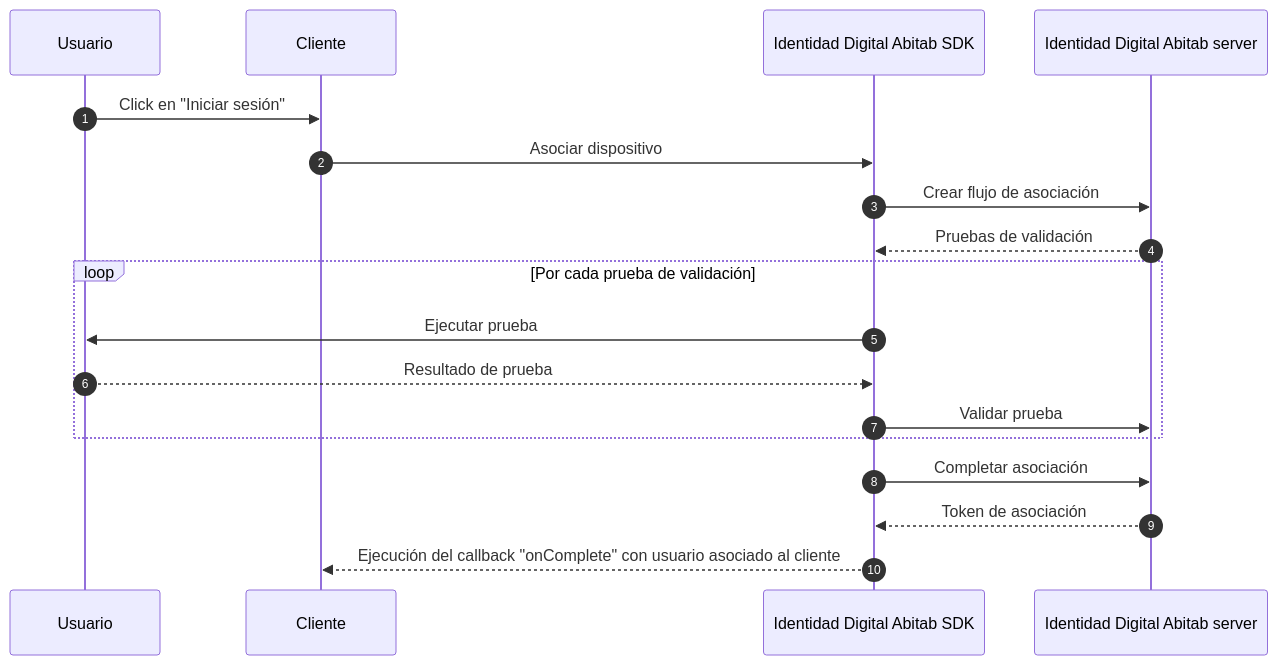
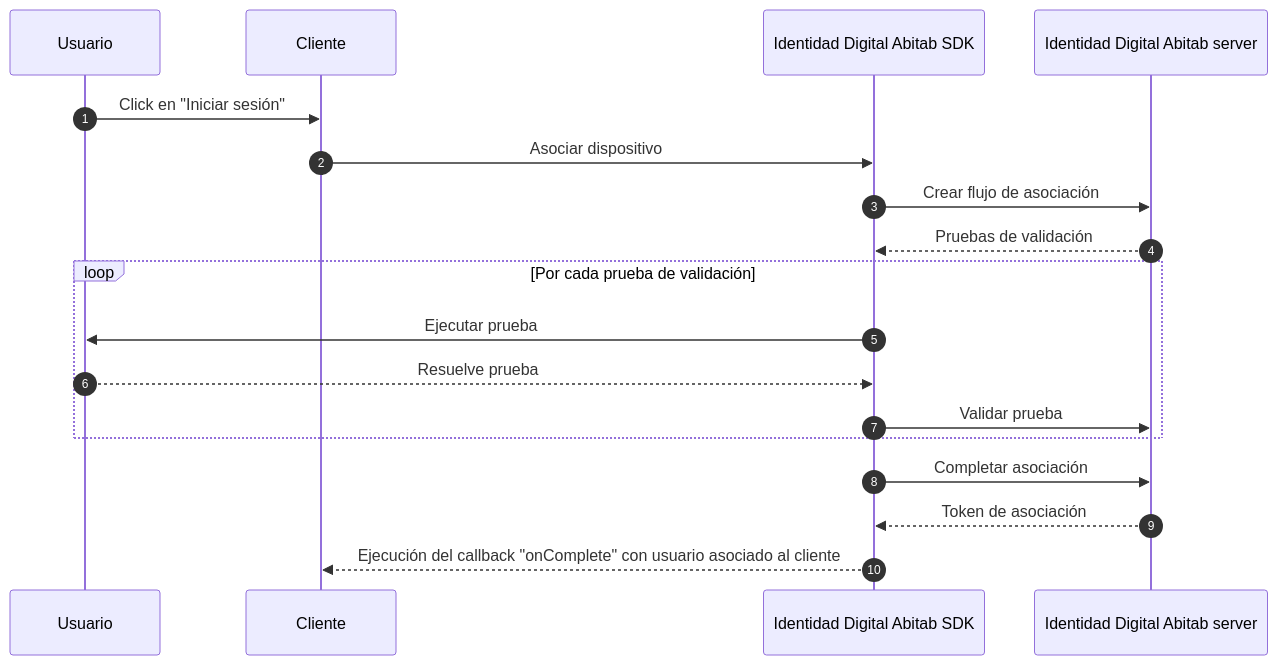
One commit to IDDigital-Abitab/sdk-documentation changed the diagram in docs/flows/asociation-flow.md. Above: the diagram before and after it, drawn with Mermaid. The commit also changed other lines of this file and 10 other files, not shown here.

Commit message:
complete associtation flow

````diff
--- a/docs/flows/asociation-flow.md
+++ b/docs/flows/asociation-flow.md
@@ -5,23 +5,23 @@
 ```mermaid
 sequenceDiagram
   autonumber
   participant U as Usuario
     participant C as Cliente
     participant SDK as Identidad Digital Abitab SDK
     participant S as Identidad Digital Abitab server
 
     U->>C: Click en "Iniciar sesión"
     C->>SDK: Asociar dispositivo
     SDK->>S: Crear flujo de asociación
     S-->>SDK: Pruebas de validación
 
     loop Por cada prueba de validación
         SDK->>U: Ejecutar prueba
-        U-->>SDK: Resultado de prueba
+        U-->>SDK: Resuelve prueba
         SDK->>S: Validar prueba
     end
 
     SDK->>S: Completar asociación
     S-->>SDK: Token de asociación
     SDK-->>C: Ejecución del callback "onComplete" con usuario asociado al cliente
 ```
````
